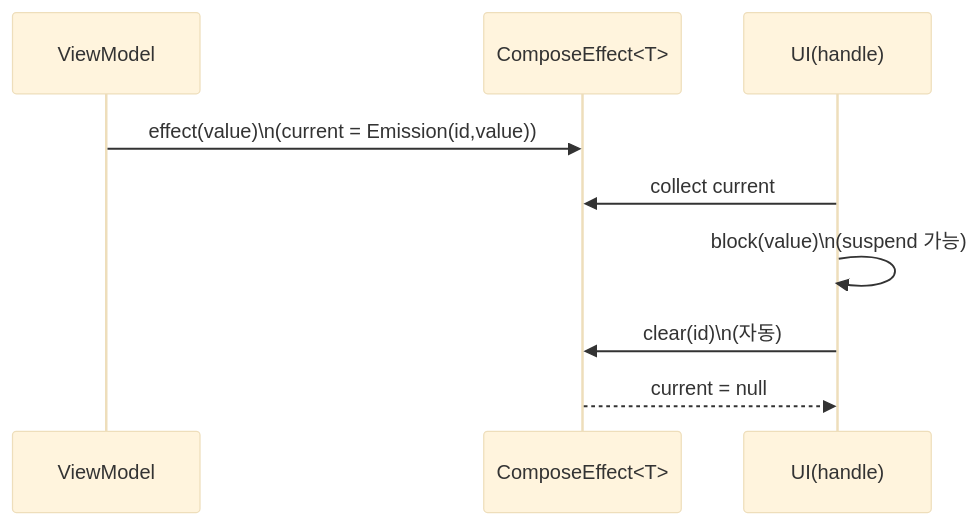
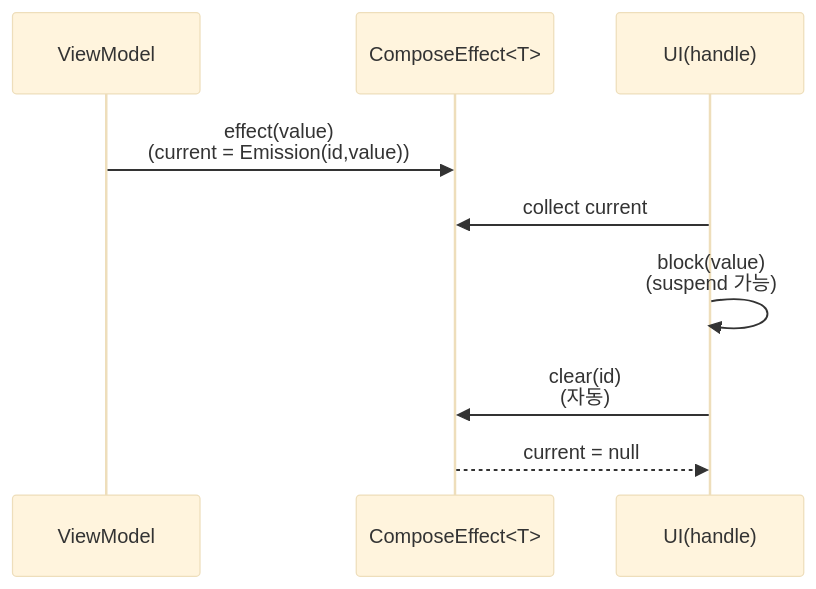
One commit to kez-lab/kez-lab.github.io changed the second of 3 diagrams in _posts/2026/02/2026-02-17-viewmodel-single-event.md. Above: the diagram before and after it, drawn with Mermaid (base theme). The commit also changed other lines of this file, not shown here.

Commit message:
docs: fix mermaid syntax in viewmodel single-event post

````diff
--- a/_posts/2026/02/2026-02-17-viewmodel-single-event.md
+++ b/_posts/2026/02/2026-02-17-viewmodel-single-event.md
@@ -119,12 +119,12 @@
 ```mermaid
 sequenceDiagram
   participant VM as ViewModel
   participant CE as ComposeEffect<T>
   participant UI as UI(handle)
 
-  VM->>CE: effect(value)\n(current = Emission(id,value))
+  VM->>CE: effect(value)<br/>(current = Emission(id,value))
   UI->>CE: collect current
-  UI->>UI: block(value)\n(suspend 가능)
-  UI->>CE: clear(id)\n(자동)
+  UI->>UI: block(value)<br/>(suspend 가능)
+  UI->>CE: clear(id)<br/>(자동)
   CE-->>UI: current = null
 ```
````
